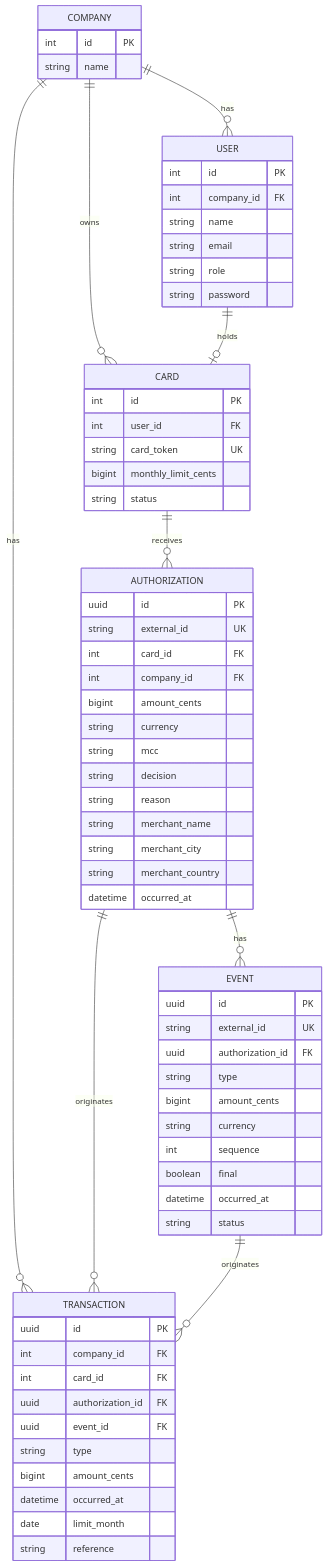
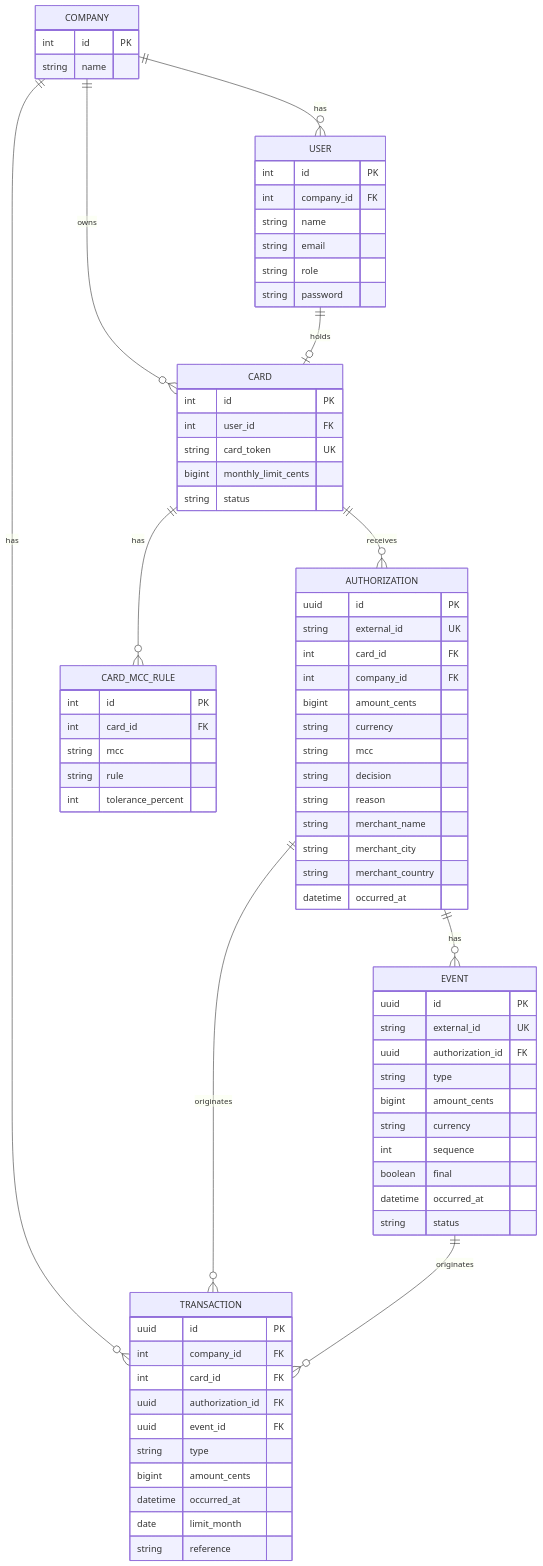
One commit to rodrigodesouza/mid-fullstack-test changed the diagram in DIAGRAM.md. Above: the diagram before and after it, drawn with Mermaid. The commit also changed other lines of this file and 28 other files, not shown here.

```diff
--- a/DIAGRAM.md
+++ b/DIAGRAM.md
@@ -8,6 +8,7 @@
     AUTHORIZATION ||--o{ EVENT : has
     AUTHORIZATION ||--o{ TRANSACTION : originates
     EVENT ||--o{ TRANSACTION : originates
+    CARD ||--o{ CARD_MCC_RULE : has
 
     COMPANY {
         int id PK
@@ -29,6 +30,14 @@
         string card_token UK
         bigint monthly_limit_cents
         string status
+    }
+
+    CARD_MCC_RULE {
+        int id PK
+        int card_id FK
+        string mcc
+        string rule
+        int tolerance_percent
     }
 
     AUTHORIZATION {
```
